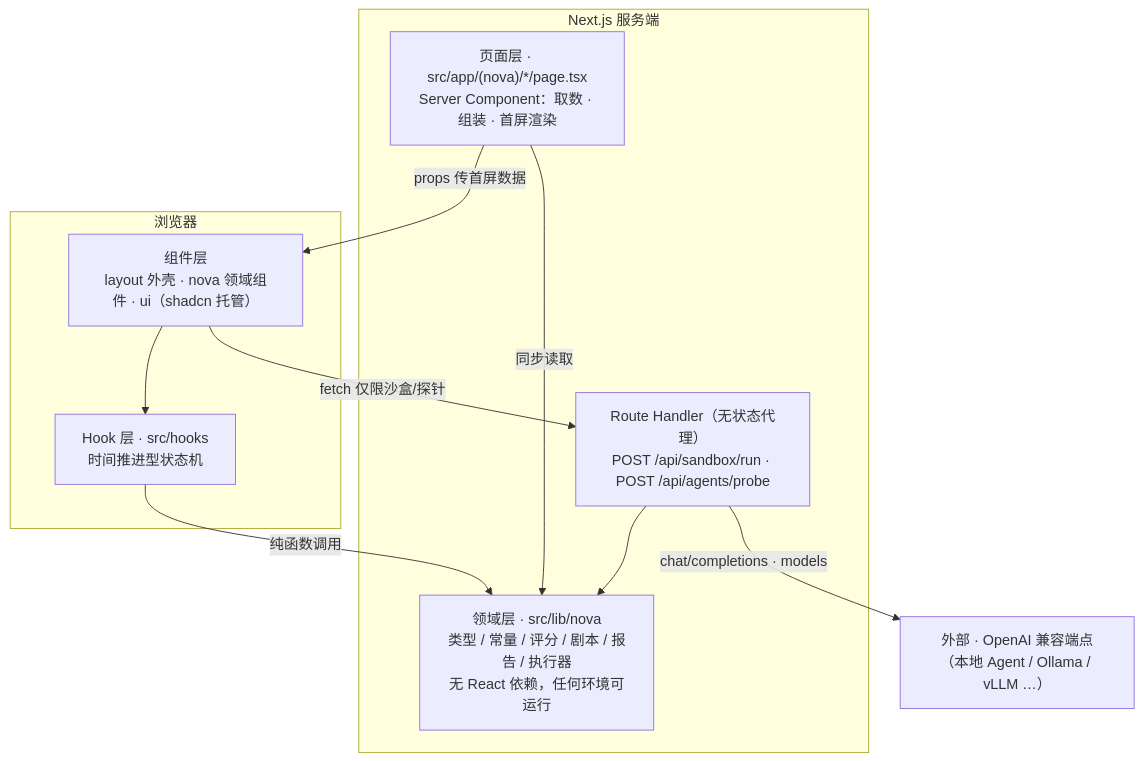
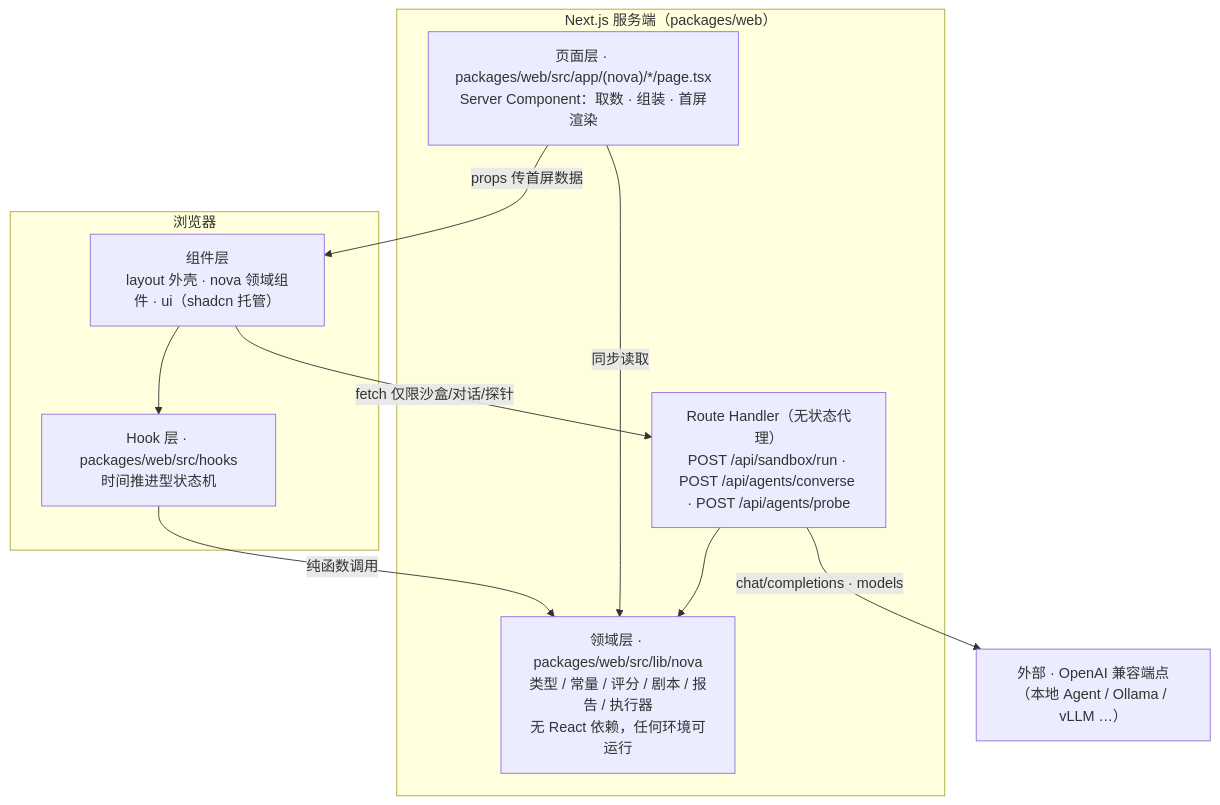
Before and after one commit to chaos-design/nova: the first of 5 diagrams in docs/architecture.md, drawn with Mermaid. The commit also changed other lines of this file and 198 other files, not shown here.

````diff
--- a/docs/architecture.md
+++ b/docs/architecture.md
@@ -10,21 +10,21 @@
 ```mermaid
 flowchart TD
-    subgraph SERVER["Next.js 服务端"]
-        P["页面层 · src/app/(nova)/*/page.tsx<br/>Server Component：取数 · 组装 · 首屏渲染"]
-        RH["Route Handler（无状态代理）<br/>POST /api/sandbox/run · POST /api/agents/probe"]
-        D["领域层 · src/lib/nova<br/>类型 / 常量 / 评分 / 剧本 / 报告 / 执行器<br/>无 React 依赖，任何环境可运行"]
+    subgraph SERVER["Next.js 服务端（packages/web）"]
+        P["页面层 · packages/web/src/app/(nova)/*/page.tsx<br/>Server Component：取数 · 组装 · 首屏渲染"]
+        RH["Route Handler（无状态代理）<br/>POST /api/sandbox/run · POST /api/agents/converse · POST /api/agents/probe"]
+        D["领域层 · packages/web/src/lib/nova<br/>类型 / 常量 / 评分 / 剧本 / 报告 / 执行器<br/>无 React 依赖，任何环境可运行"]
     end
     subgraph CLIENT["浏览器"]
         C["组件层<br/>layout 外壳 · nova 领域组件 · ui（shadcn 托管）"]
-        H["Hook 层 · src/hooks<br/>时间推进型状态机"]
+        H["Hook 层 · packages/web/src/hooks<br/>时间推进型状态机"]
     end
     E["外部 · OpenAI 兼容端点<br/>（本地 Agent / Ollama / vLLM …）"]
 
     P -->|"props 传首屏数据"| C
     C --> H
     H -->|"纯函数调用"| D
     P -->|"同步读取"| D
     RH --> D
-    C -->|"fetch 仅限沙盒/探针"| RH
+    C -->|"fetch 仅限沙盒/对话/探针"| RH
     RH -->|"chat/completions · models"| E
 ```
````
